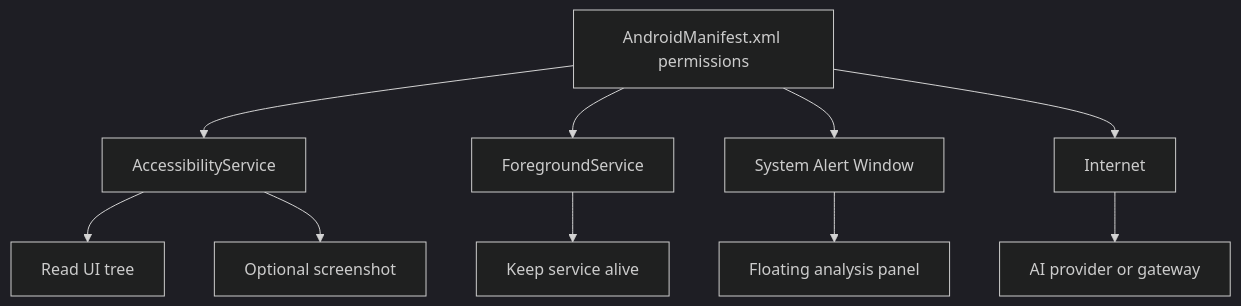
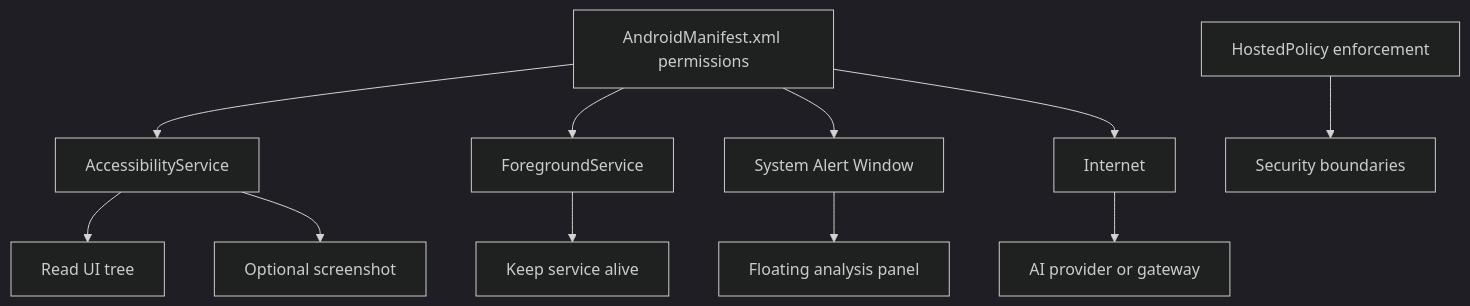
Before and after one commit to DeloYong/jev-chat-jarvis: the seventh of 11 diagrams in .qoder/repowiki/en/content/Security & Privacy.md, drawn with Mermaid (dark theme). The commit also changed other lines of this file and 66 other files, not shown here.

````diff
--- a/.qoder/repowiki/en/content/Security & Privacy.md
+++ b/.qoder/repowiki/en/content/Security & Privacy.md
@@ -290,12 +336,13 @@
 ```mermaid
 graph TB
 Perm["AndroidManifest.xml permissions"] --> AccSvc["AccessibilityService"]
 Perm --> FgSvc["ForegroundService"]
 Perm --> Alert["System Alert Window"]
 Perm --> Net["Internet"]
 AccSvc --> Tree["Read UI tree"]
 AccSvc --> Shot["Optional screenshot"]
 FgSvc --> KeepAlive["Keep service alive"]
 Alert --> Overlay["Floating analysis panel"]
 Net --> Provider["AI provider or gateway"]
+Hosted["HostedPolicy enforcement"] --> Security["Security boundaries"]
 ```
````
